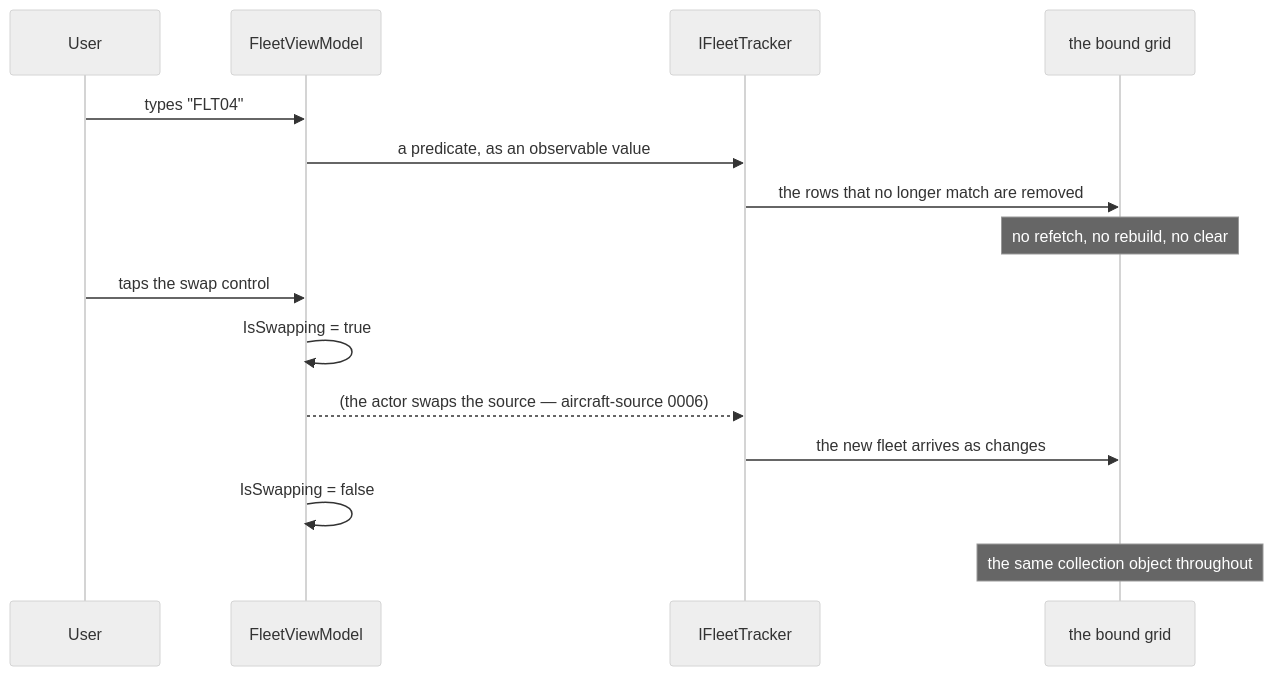
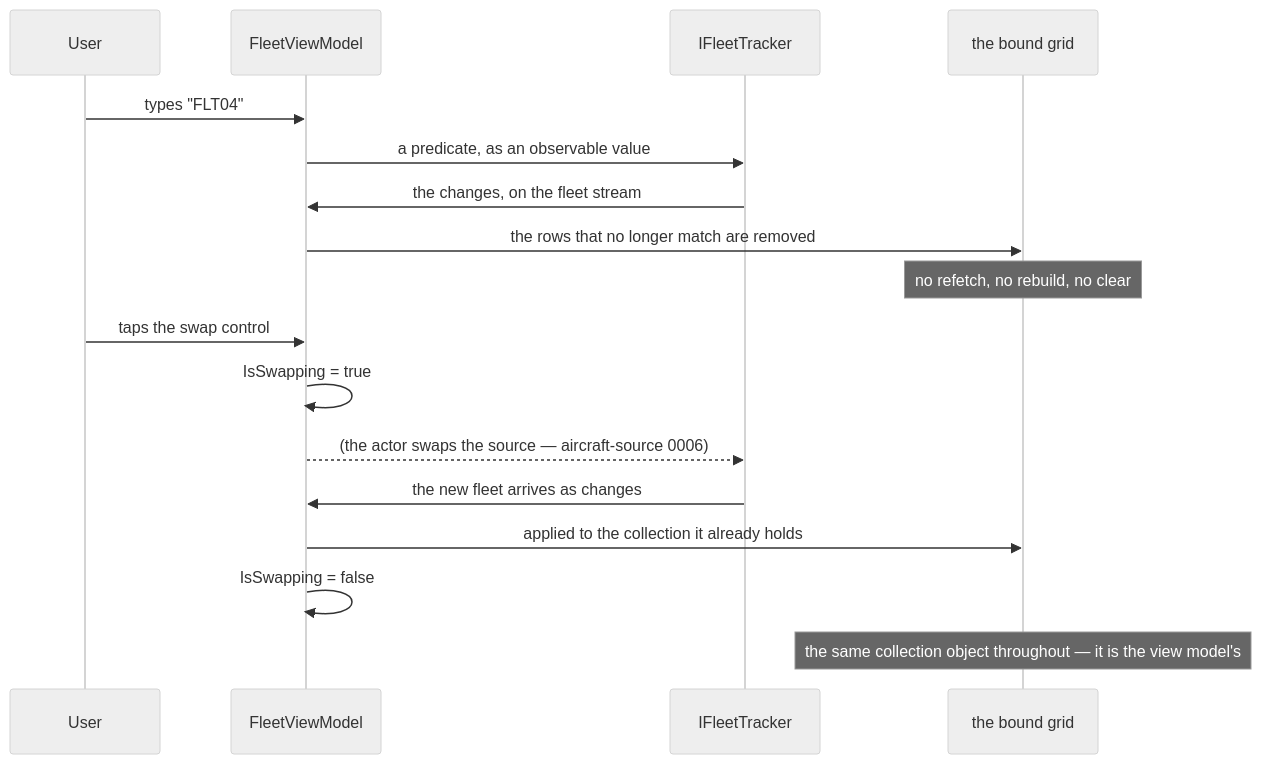
Before and after one commit to RLittlesII/Transporter: the second of 3 diagrams in features/fleet-dashboard/.spec/README.md, drawn with Mermaid (neutral theme). The commit also changed other lines of this file and 3 other files, not shown here.

````diff
--- a/features/fleet-dashboard/.spec/README.md
+++ b/features/fleet-dashboard/.spec/README.md
@@ -196,17 +208,19 @@
 ```mermaid
 sequenceDiagram
     participant User
     participant VM as FleetViewModel
     participant Tracker as IFleetTracker
     participant Grid as the bound grid
     User->>VM: types "FLT04"
     VM->>Tracker: a predicate, as an observable value
-    Tracker->>Grid: the rows that no longer match are removed
+    Tracker->>VM: the changes, on the fleet stream
+    VM->>Grid: the rows that no longer match are removed
     Note over Grid: no refetch, no rebuild, no clear
     User->>VM: taps the swap control
     VM->>VM: IsSwapping = true
     VM-->>Tracker: (the actor swaps the source — aircraft-source 0006)
-    Tracker->>Grid: the new fleet arrives as changes
+    Tracker->>VM: the new fleet arrives as changes
+    VM->>Grid: applied to the collection it already holds
     VM->>VM: IsSwapping = false
-    Note over Grid: the same collection object throughout
+    Note over Grid: the same collection object throughout — it is the view model's
 ```
````
